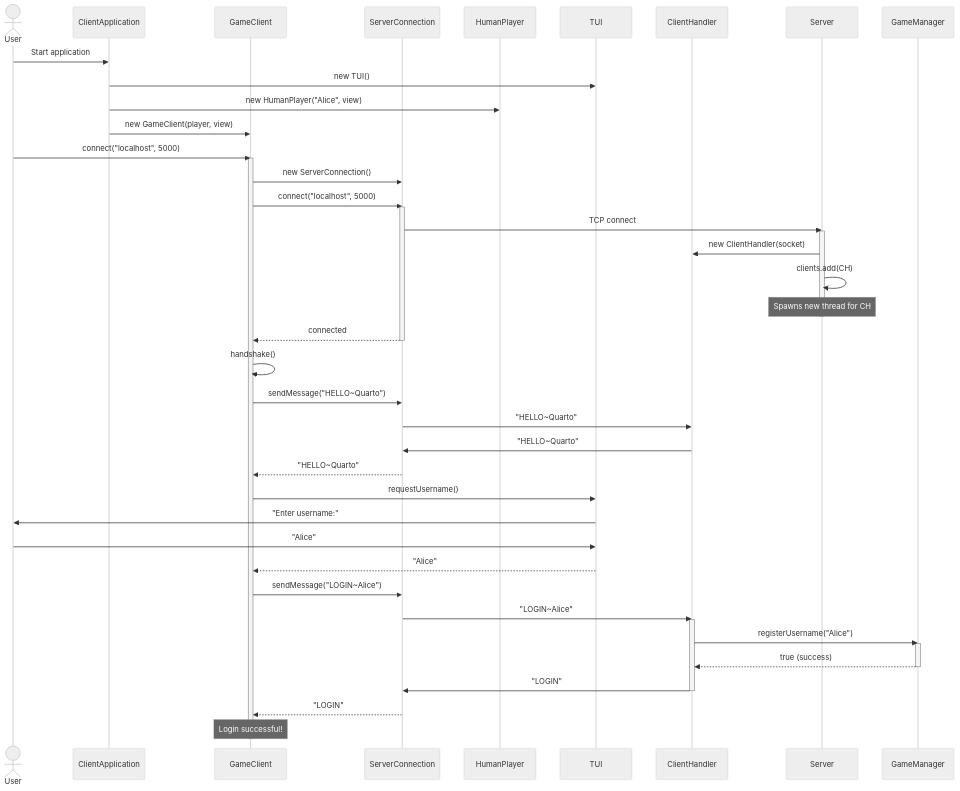
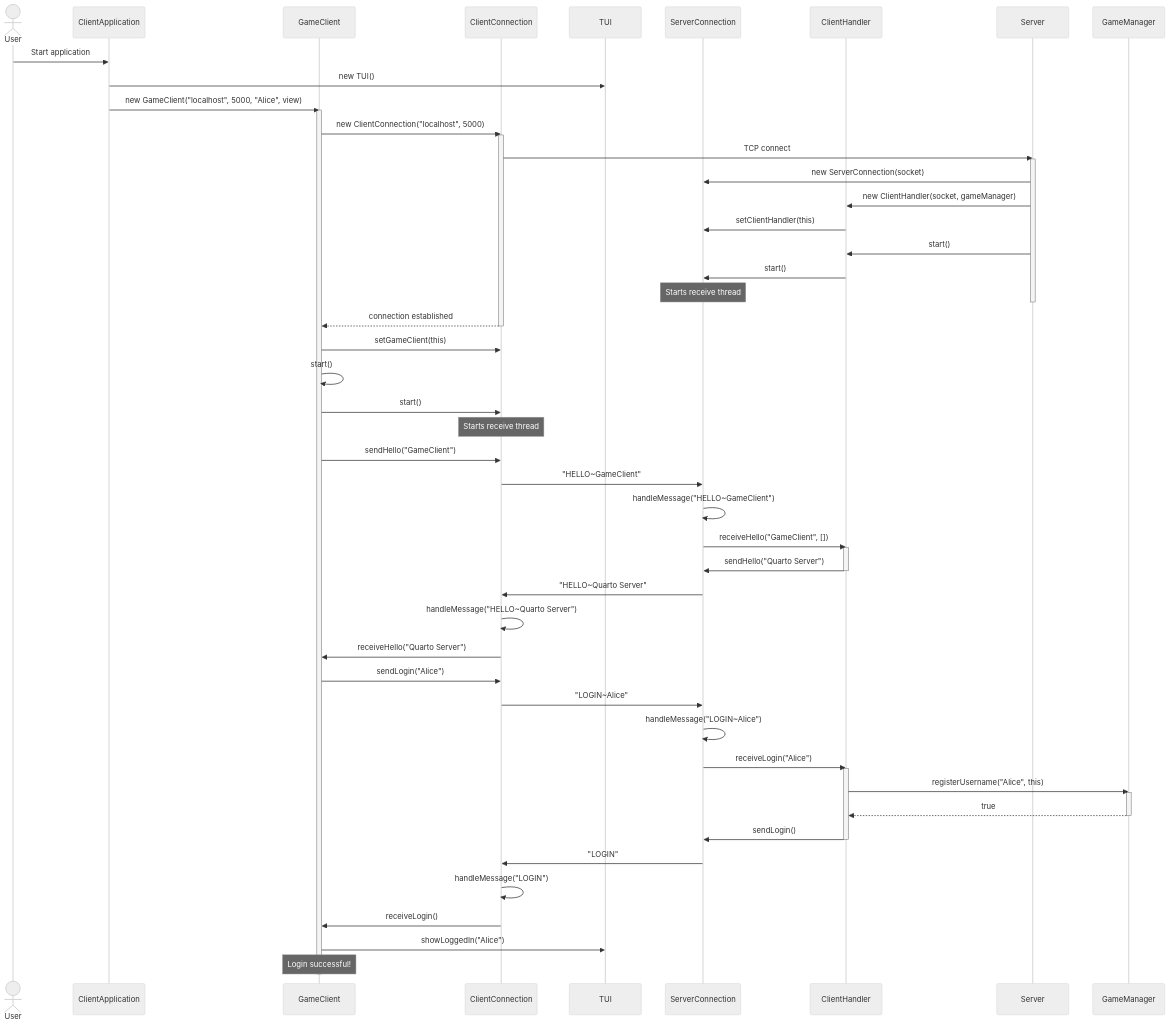
The first of 5 diagrams in Diagrams/Sequence Diagram/sequence_diagram.md (ramzxy/quarto), drawn with Mermaid (neutral theme) before and after one commit. The commit also changed other lines of this file and 13 other files, not shown here.

Commit message:
added usage of socket connection and serverconnection to wrap sockets

````diff
--- a/Diagrams/Sequence Diagram/sequence_diagram.md
+++ b/Diagrams/Sequence Diagram/sequence_diagram.md
@@ -5,56 +5,67 @@
 ```mermaid
 sequenceDiagram
     actor User as User
     participant App as ClientApplication
     participant GC as GameClient
-    participant Conn as ServerConnection
-    participant HP as HumanPlayer
+    participant CC as ClientConnection
     participant View as TUI
+    participant SC as ServerConnection
     participant CH as ClientHandler
     participant S as Server
     participant GM as GameManager
 
     User->>App: Start application
     App->>View: new TUI()
-    App->>HP: new HumanPlayer("Alice", view)
-    App->>GC: new GameClient(player, view)
-    
-    User->>GC: connect("localhost", 5000)
+    App->>GC: new GameClient("localhost", 5000, "Alice", view)
     activate GC
-    GC->>Conn: new ServerConnection()
-    GC->>Conn: connect("localhost", 5000)
-    activate Conn
-    Conn->>S: TCP connect
+    GC->>CC: new ClientConnection("localhost", 5000)
+    activate CC
+    CC->>S: TCP connect
     activate S
-    S->>CH: new ClientHandler(socket)
-    S->>S: clients.add(CH)
-    Note over S: Spawns new thread for CH
+    S->>SC: new ServerConnection(socket)
+    S->>CH: new ClientHandler(socket, gameManager)
+    CH->>SC: setClientHandler(this)
+    S->>CH: start()
+    CH->>SC: start()
+    Note over SC: Starts receive thread
     deactivate S
-    Conn-->>GC: connected
-    deactivate Conn
-    
-    GC->>GC: handshake()
-    GC->>Conn: sendMessage("HELLO~Quarto")
-    Conn->>CH: "HELLO~Quarto"
-    CH->>Conn: "HELLO~Quarto"
-    Conn-->>GC: "HELLO~Quarto"
-    
-    GC->>View: requestUsername()
-    View->>User: "Enter username:"
-    User->>View: "Alice"
-    View-->>GC: "Alice"
-    
-    GC->>Conn: sendMessage("LOGIN~Alice")
-    Conn->>CH: "LOGIN~Alice"
+    CC-->>GC: connection established
+    deactivate CC
+
+    GC->>CC: setGameClient(this)
+    GC->>GC: start()
+    GC->>CC: start()
+    Note over CC: Starts receive thread
+    GC->>CC: sendHello("GameClient")
+    CC->>SC: "HELLO~GameClient"
+
+    SC->>SC: handleMessage("HELLO~GameClient")
+    SC->>CH: receiveHello("GameClient", [])
     activate CH
-    CH->>GM: registerUsername("Alice")
+    CH->>SC: sendHello("Quarto Server")
+    deactivate CH
+    SC->>CC: "HELLO~Quarto Server"
+
+    CC->>CC: handleMessage("HELLO~Quarto Server")
+    CC->>GC: receiveHello("Quarto Server")
+    GC->>CC: sendLogin("Alice")
+    CC->>SC: "LOGIN~Alice"
+
+    SC->>SC: handleMessage("LOGIN~Alice")
+    SC->>CH: receiveLogin("Alice")
+    activate CH
+    CH->>GM: registerUsername("Alice", this)
     activate GM
-    GM-->>CH: true (success)
+    GM-->>CH: true
     deactivate GM
-    CH->>Conn: "LOGIN"
+    CH->>SC: sendLogin()
     deactivate CH
-    Conn-->>GC: "LOGIN"
-    
+    SC->>CC: "LOGIN"
+
+    CC->>CC: handleMessage("LOGIN")
+    CC->>GC: receiveLogin()
+    GC->>View: showLoggedIn("Alice")
+
     Note over GC: Login successful!
     deactivate GC
 ```
````
